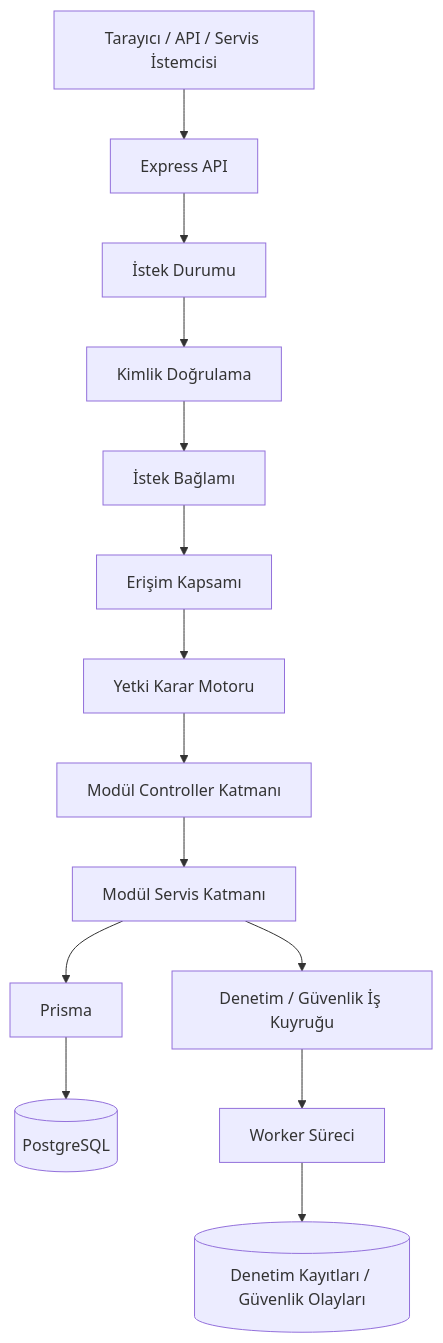
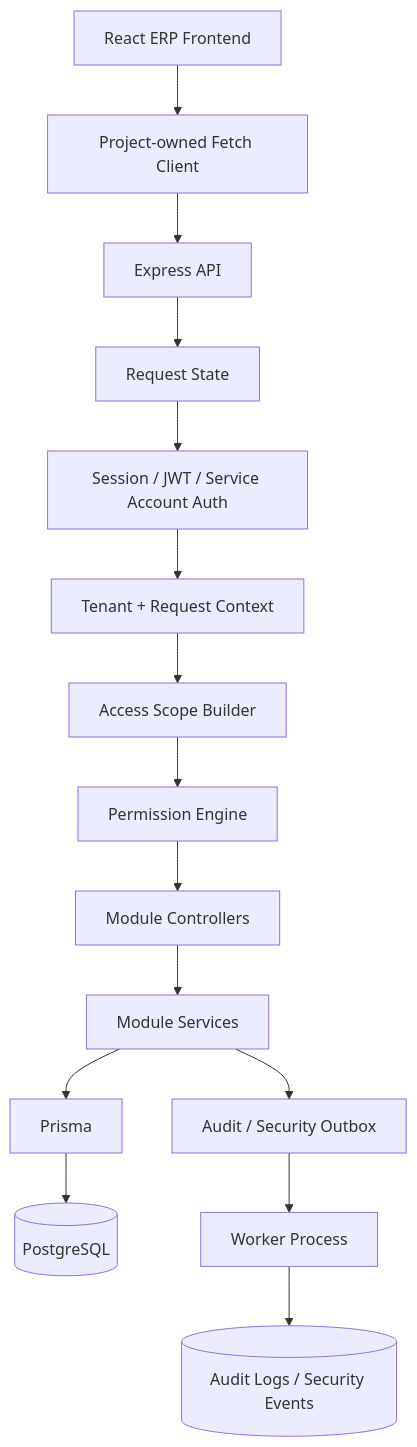
One commit to Mehmet-Aytac/enterprise-backend-foundation-case-study changed the diagram in README.tr.md. Above: the diagram before and after it, drawn with Mermaid. The commit also changed other lines of this file, not shown here.

````diff
--- a/README.tr.md
+++ b/README.tr.md
@@ -44,16 +68,17 @@
 ```mermaid
 flowchart TD
-    Client[Tarayıcı / API / Servis İstemcisi] --> API[Express API]
-    API --> State[İstek Durumu]
-    State --> Auth[Kimlik Doğrulama]
-    Auth --> Context[İstek Bağlamı]
-    Context --> Scope[Erişim Kapsamı]
-    Scope --> Permission[Yetki Karar Motoru]
-    Permission --> Controller[Modül Controller Katmanı]
-    Controller --> Service[Modül Servis Katmanı]
+    Browser[React ERP Frontend] --> Client[Project-owned Fetch Client]
+    Client --> API[Express API]
+    API --> State[Request State]
+    State --> Auth[Session / JWT / Service Account Auth]
+    Auth --> Context[Tenant + Request Context]
+    Context --> Scope[Access Scope Builder]
+    Scope --> Permission[Permission Engine]
+    Permission --> Controller[Module Controllers]
+    Controller --> Service[Module Services]
     Service --> Prisma[Prisma]
     Prisma --> DB[(PostgreSQL)]
-    Service --> Outbox[Denetim / Güvenlik İş Kuyruğu]
-    Outbox --> Worker[Worker Süreci]
-    Worker --> Audit[(Denetim Kayıtları / Güvenlik Olayları)]
+    Service --> Outbox[Audit / Security Outbox]
+    Outbox --> Worker[Worker Process]
+    Worker --> Audit[(Audit Logs / Security Events)]
 ```
````
